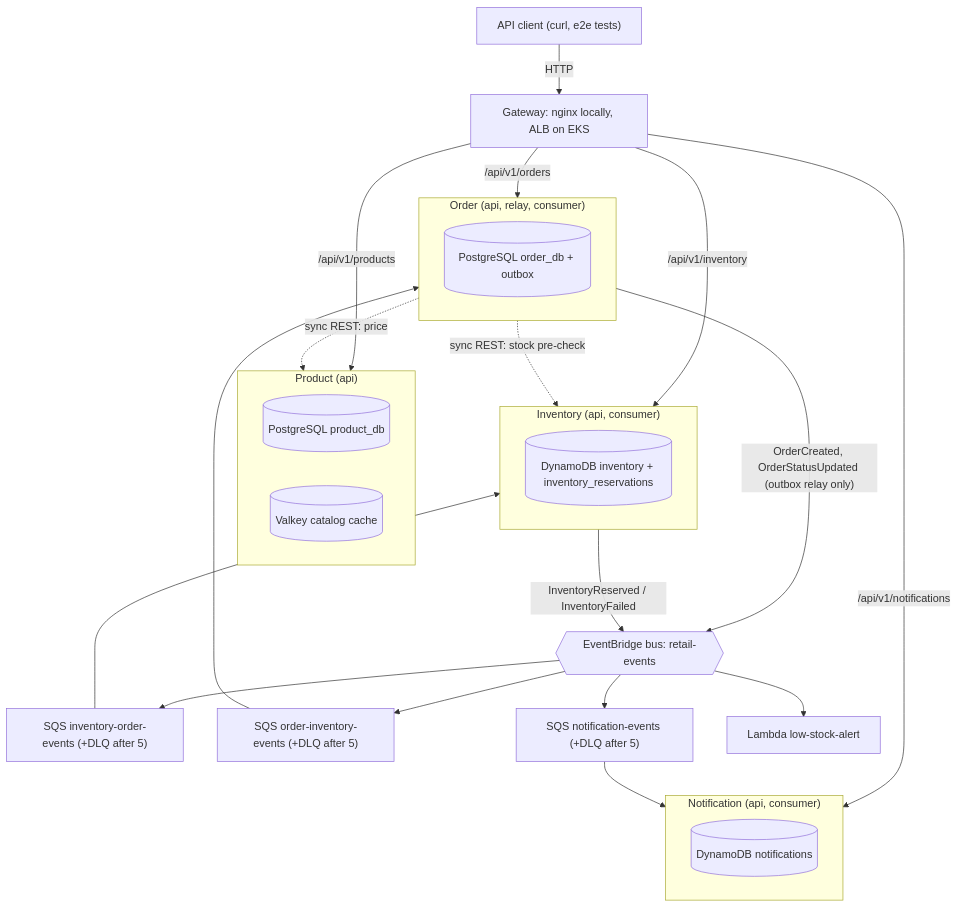
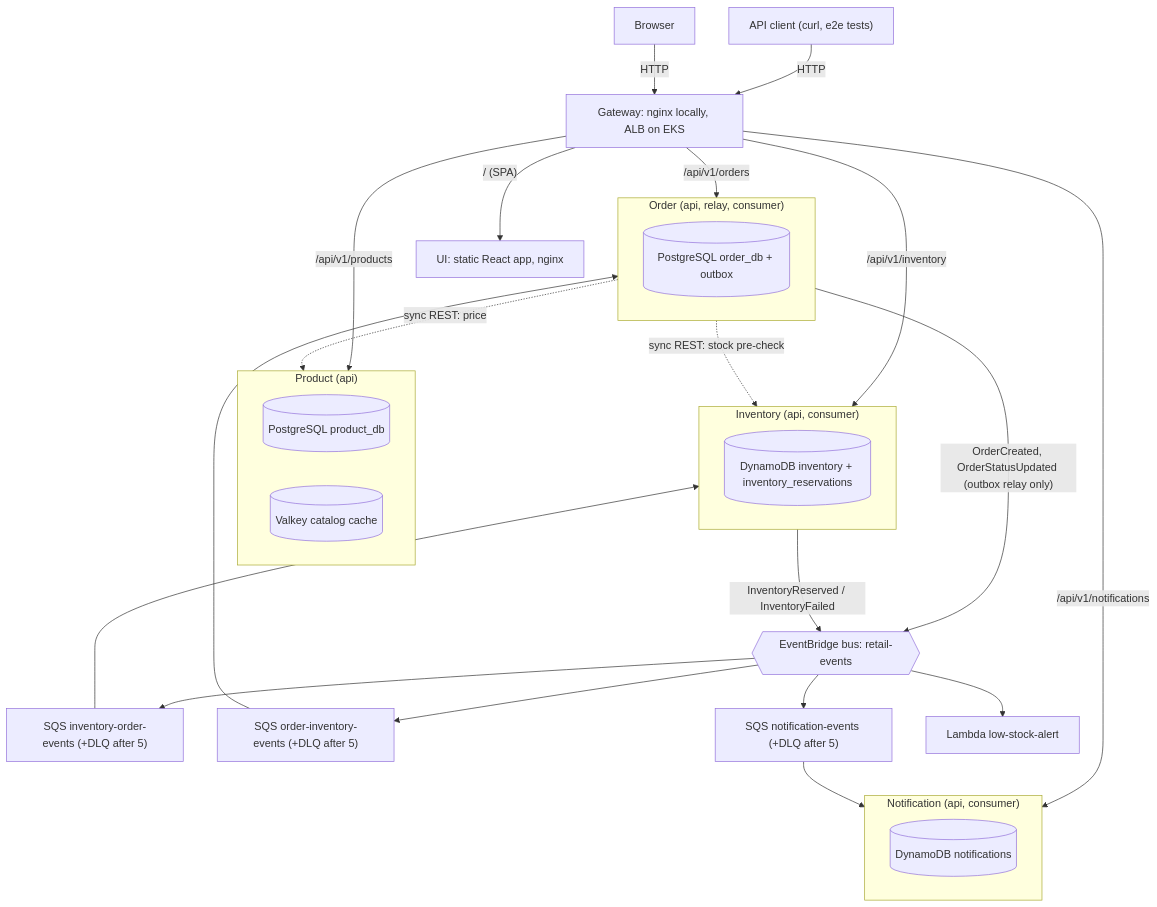
Before and after one commit to loriamichaelj/cloud-punks: the first of 2 diagrams in docs/DESIGN.md, drawn with Mermaid. The commit also changed other lines of this file, not shown here.

First line of the commit message:
docs: DESIGN v1.5-v1.6 - M5 outcomes and the React UI (M10)

````diff
--- a/docs/DESIGN.md
+++ b/docs/DESIGN.md
@@ -62,30 +66,32 @@
 ```mermaid
 flowchart TB
   client["API client (curl, e2e tests)"] -->|HTTP| gw["Gateway: nginx locally, ALB on EKS"]
+  browser["Browser"] -->|HTTP| gw
+  gw -->|"/ (SPA)"| UIS["UI: static React app, nginx"]
   gw -->|/api/v1/products| P
   gw -->|/api/v1/inventory| I
   gw -->|/api/v1/orders| O
   gw -->|/api/v1/notifications| N
   subgraph P["Product (api)"]
     Ppg[("PostgreSQL product_db")]
     Pvk[("Valkey catalog cache")]
   end
   subgraph I["Inventory (api, consumer)"]
     Iddb[("DynamoDB inventory + inventory_reservations")]
   end
   subgraph O["Order (api, relay, consumer)"]
     Opg[("PostgreSQL order_db + outbox")]
   end
   subgraph N["Notification (api, consumer)"]
     Nddb[("DynamoDB notifications")]
   end
   O -. "sync REST: price" .-> P
   O -. "sync REST: stock pre-check" .-> I
   O -->|"OrderCreated, OrderStatusUpdated (outbox relay only)"| BUS
   I -->|"InventoryReserved / InventoryFailed"| BUS
   BUS{{"EventBridge bus: retail-events"}}
   BUS --> Q1["SQS inventory-order-events (+DLQ after 5)"] --> I
   BUS --> Q2["SQS order-inventory-events (+DLQ after 5)"] --> O
   BUS --> Q3["SQS notification-events (+DLQ after 5)"] --> N
   BUS --> L["Lambda low-stock-alert"]
 ```
````
